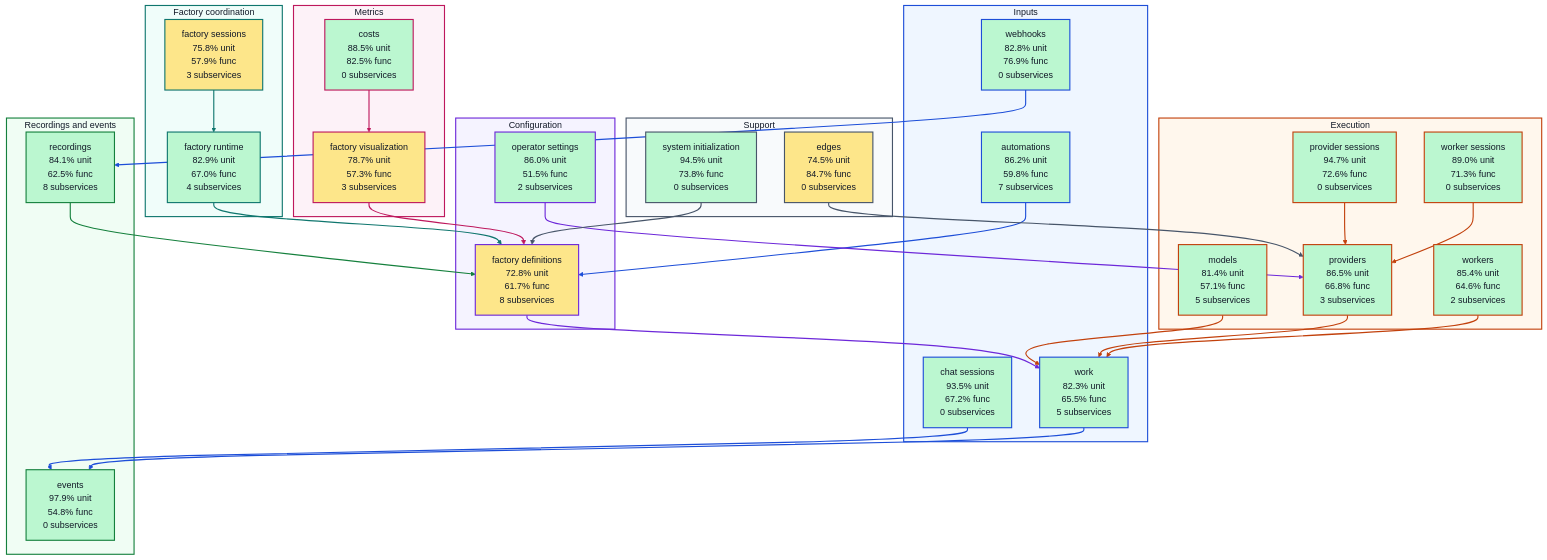
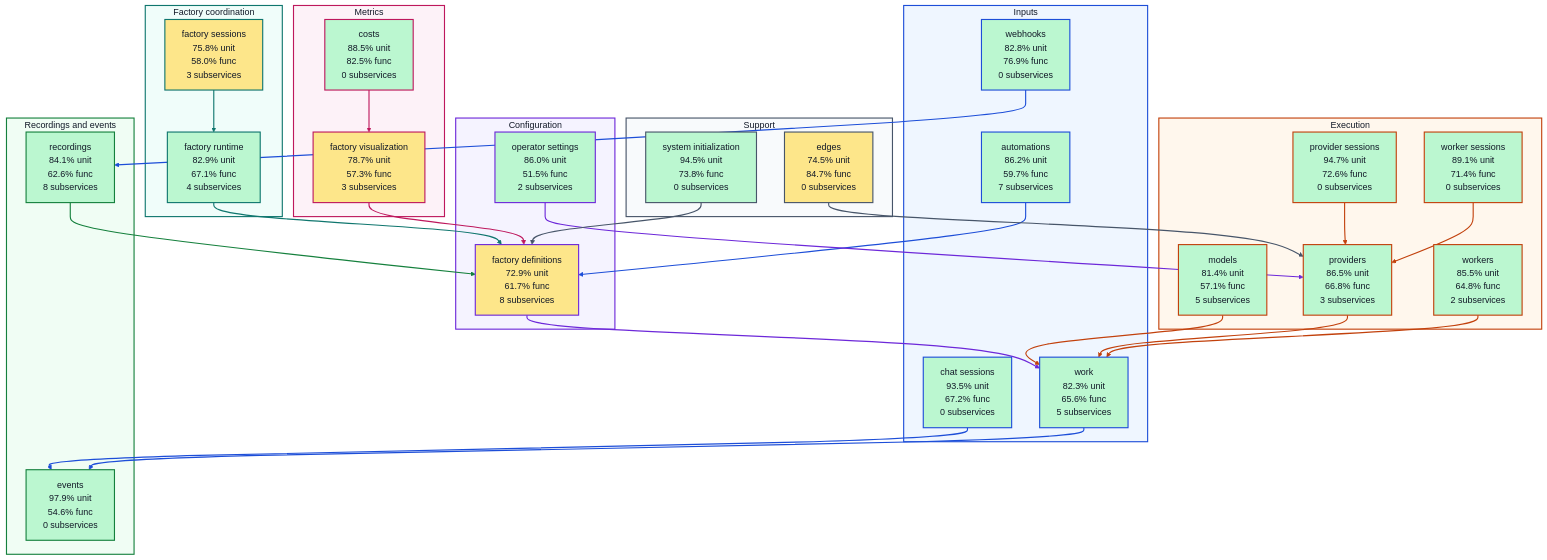
The diagram in docs/architecture/visualizations/high-level-test-coverage.md (portpowered/you-agent-factory), drawn with Mermaid before and after one commit. The commit also changed other lines of this file and 20 other files, not shown here.

Commit message:
docs: refresh backend architecture visualizations

````diff
--- a/docs/architecture/visualizations/high-level-test-coverage.md
+++ b/docs/architecture/visualizations/high-level-test-coverage.md
@@ -11,29 +11,29 @@
 ```mermaid
 flowchart TB
   subgraph input["Inputs"]
-    s_services_automations["automations<br/>86.2% unit<br/>59.8% func<br/>7 subservices"]
+    s_services_automations["automations<br/>86.2% unit<br/>59.7% func<br/>7 subservices"]
     s_services_chat_sessions["chat sessions<br/>93.5% unit<br/>67.2% func<br/>0 subservices"]
     s_services_webhooks["webhooks<br/>82.8% unit<br/>76.9% func<br/>0 subservices"]
-    s_services_work["work<br/>82.3% unit<br/>65.5% func<br/>5 subservices"]
+    s_services_work["work<br/>82.3% unit<br/>65.6% func<br/>5 subservices"]
   end
   subgraph configuration["Configuration"]
-    s_services_factory_definitions["factory definitions<br/>72.8% unit<br/>61.7% func<br/>8 subservices"]
+    s_services_factory_definitions["factory definitions<br/>72.9% unit<br/>61.7% func<br/>8 subservices"]
     s_services_operator_settings["operator settings<br/>86.0% unit<br/>51.5% func<br/>2 subservices"]
   end
   subgraph coordination["Factory coordination"]
-    s_services_factory_runtime["factory runtime<br/>82.9% unit<br/>67.0% func<br/>4 subservices"]
-    s_services_factory_sessions["factory sessions<br/>75.8% unit<br/>57.9% func<br/>3 subservices"]
+    s_services_factory_runtime["factory runtime<br/>82.9% unit<br/>67.1% func<br/>4 subservices"]
+    s_services_factory_sessions["factory sessions<br/>75.8% unit<br/>58.0% func<br/>3 subservices"]
   end
   subgraph execution["Execution"]
     s_services_models["models<br/>81.4% unit<br/>57.1% func<br/>5 subservices"]
     s_services_provider_sessions["provider sessions<br/>94.7% unit<br/>72.6% func<br/>0 subservices"]
     s_services_providers["providers<br/>86.5% unit<br/>66.8% func<br/>3 subservices"]
-    s_services_worker_sessions["worker sessions<br/>89.0% unit<br/>71.3% func<br/>0 subservices"]
-    s_services_workers["workers<br/>85.4% unit<br/>64.6% func<br/>2 subservices"]
+    s_services_worker_sessions["worker sessions<br/>89.1% unit<br/>71.4% func<br/>0 subservices"]
+    s_services_workers["workers<br/>85.5% unit<br/>64.8% func<br/>2 subservices"]
   end
   subgraph recordings["Recordings and events"]
-    s_services_events["events<br/>97.9% unit<br/>54.8% func<br/>0 subservices"]
-    s_services_recordings["recordings<br/>84.1% unit<br/>62.5% func<br/>8 subservices"]
+    s_services_events["events<br/>97.9% unit<br/>54.6% func<br/>0 subservices"]
+    s_services_recordings["recordings<br/>84.1% unit<br/>62.6% func<br/>8 subservices"]
   end
   subgraph metrics["Metrics"]
     s_services_costs["costs<br/>88.5% unit<br/>82.5% func<br/>0 subservices"]
````
